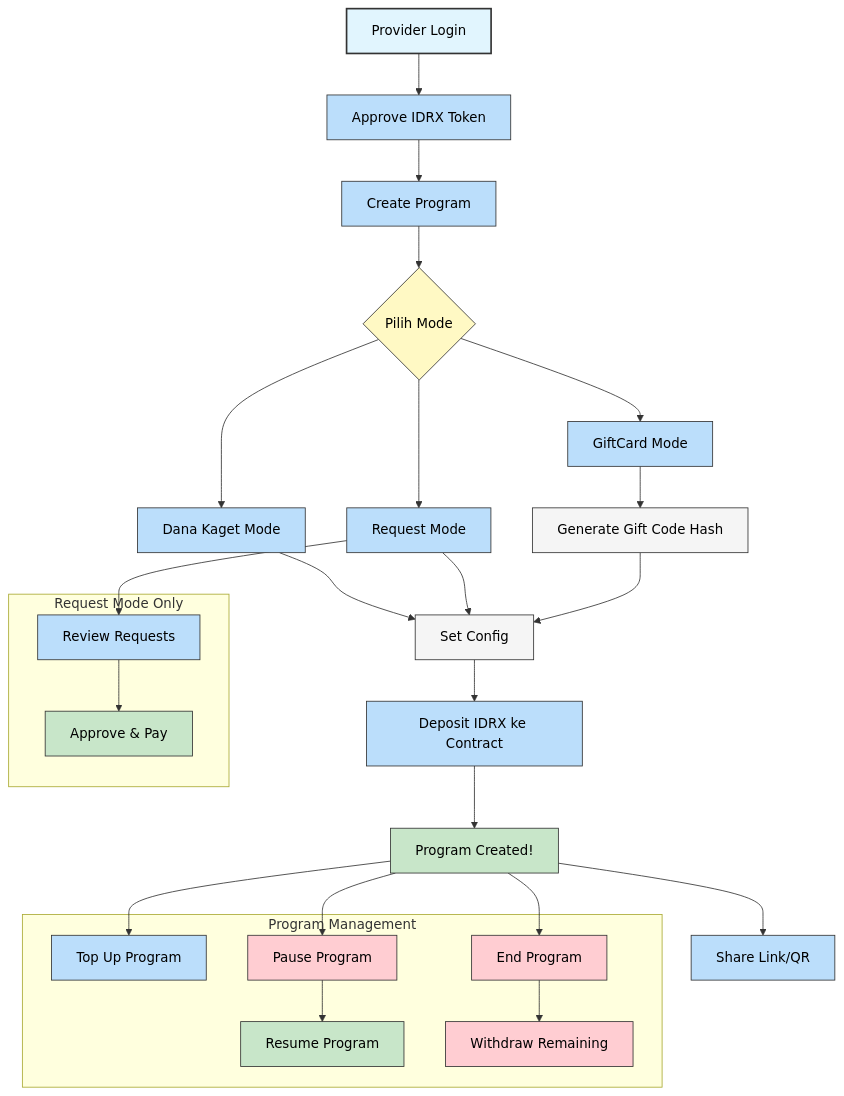
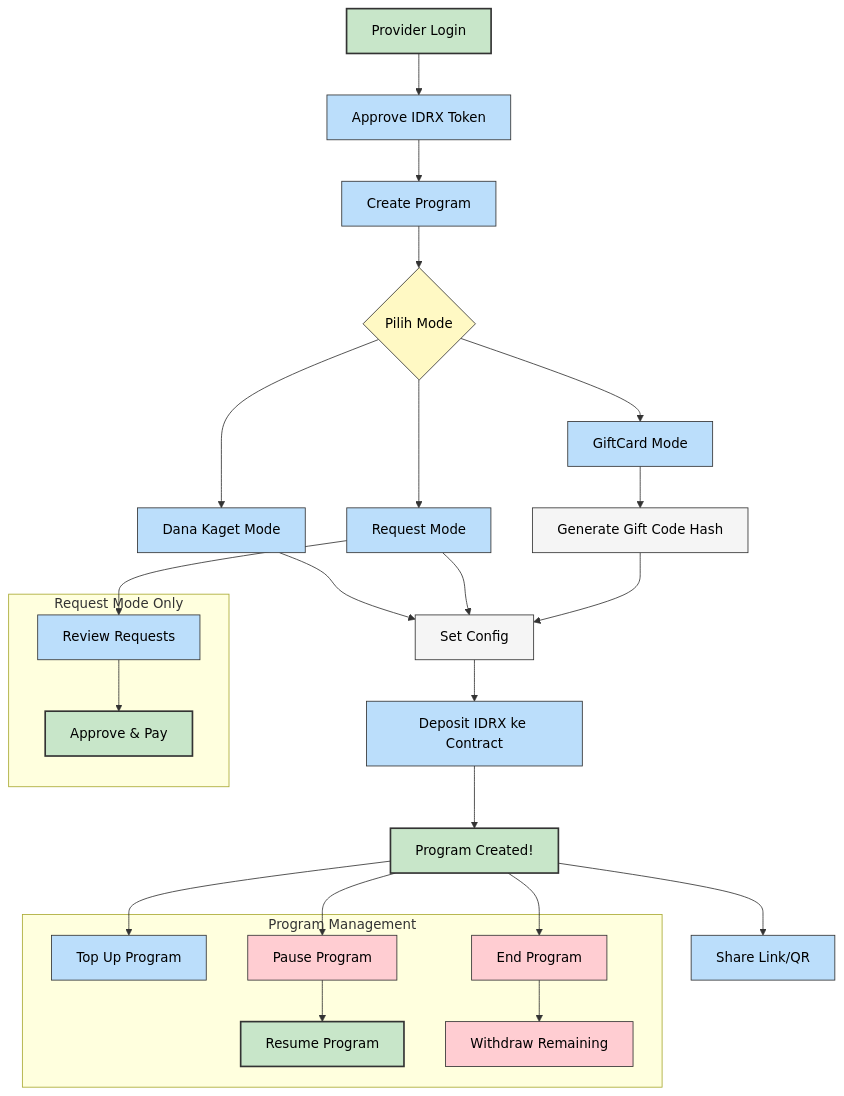
Before and after one commit to raflimulyarahman/PocketGrant: the third of 9 diagrams in WALKTHROUGH.md, drawn with Mermaid. The commit also changed other lines of this file, not shown here.

````diff
--- a/WALKTHROUGH.md
+++ b/WALKTHROUGH.md
@@ -151,47 +149,46 @@
 ```mermaid
 flowchart TD
-    classDef startNode stroke:#333,stroke-width:2px,fill:#e1f5fe,color:#000
+    classDef positive stroke:#333,stroke-width:2px,fill:#c8e6c9,color:#000
     classDef actionNode stroke:#333,stroke-width:1px,fill:#bbdefb,color:#000
     classDef decision stroke:#333,stroke-width:1px,fill:#fff9c4,color:#000
-    classDef success stroke:#333,stroke-width:1px,fill:#c8e6c9,color:#000
     classDef danger stroke:#333,stroke-width:1px,fill:#ffcdd2,color:#000
     classDef infoNode stroke:#333,stroke-width:1px,fill:#f5f5f5,color:#000
 
-    A["Provider Login"]:::startNode --> B["Approve IDRX Token"]:::actionNode
+    A["Provider Login"]:::positive --> B["Approve IDRX Token"]:::actionNode
     B --> C["Create Program"]:::actionNode
 
     C --> D{Pilih Mode}:::decision
     D --> D1["Dana Kaget Mode"]:::actionNode
     D --> D2["Request Mode"]:::actionNode
     D --> D3["GiftCard Mode"]:::actionNode
 
     D1 --> E["Set Config"]:::infoNode
     D2 --> E
     D3 --> F["Generate Gift Code Hash"]:::infoNode
     F --> E
 
     E --> G["Deposit IDRX ke Contract"]:::actionNode
-    G --> H["Program Created!"]:::success
+    G --> H["Program Created!"]:::positive
     H --> I["Share Link/QR"]:::actionNode
 
     subgraph "Program Management"
         J["Top Up Program"]:::actionNode
         K["Pause Program"]:::danger
-        L["Resume Program"]:::success
+        L["Resume Program"]:::positive
         M["End Program"]:::danger
         N["Withdraw Remaining"]:::danger
     end
 
     H --> J
     H --> K
     K --> L
     H --> M
     M --> N
 
     subgraph "Request Mode Only"
         O["Review Requests"]:::actionNode
-        O --> P["Approve & Pay"]:::success
+        O --> P["Approve & Pay"]:::positive
     end
 
     D2 --> O
 ```
````
